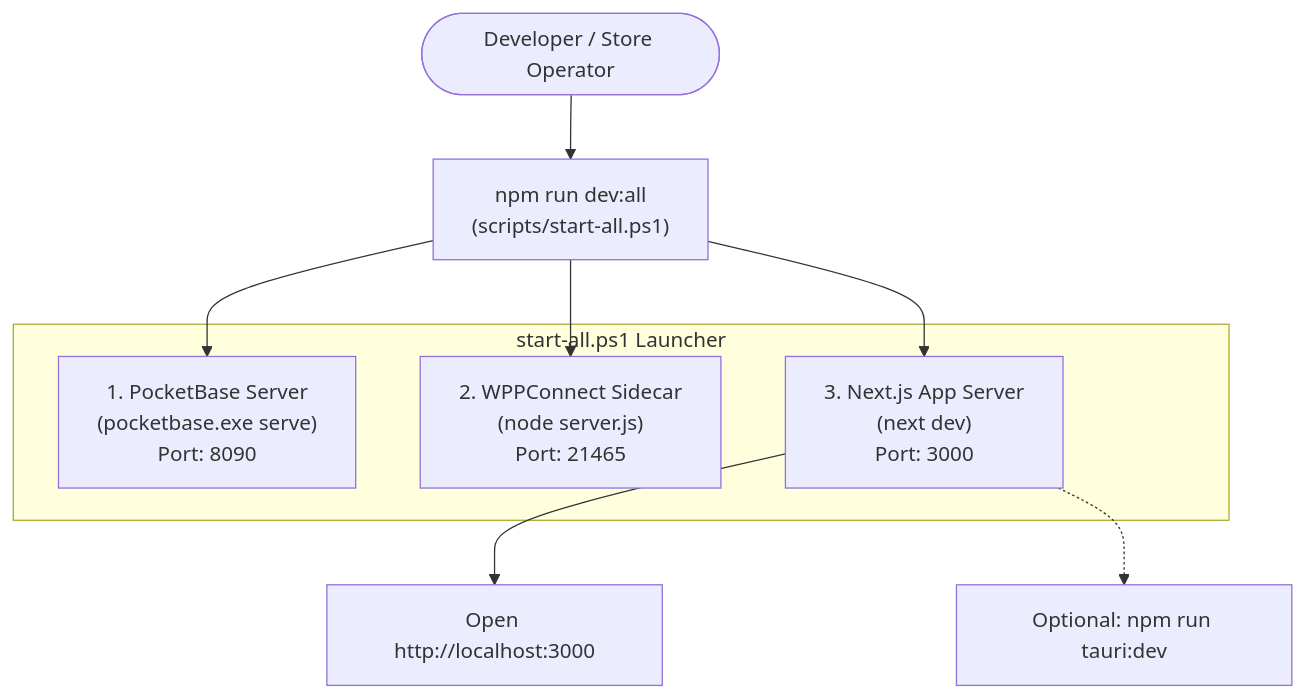
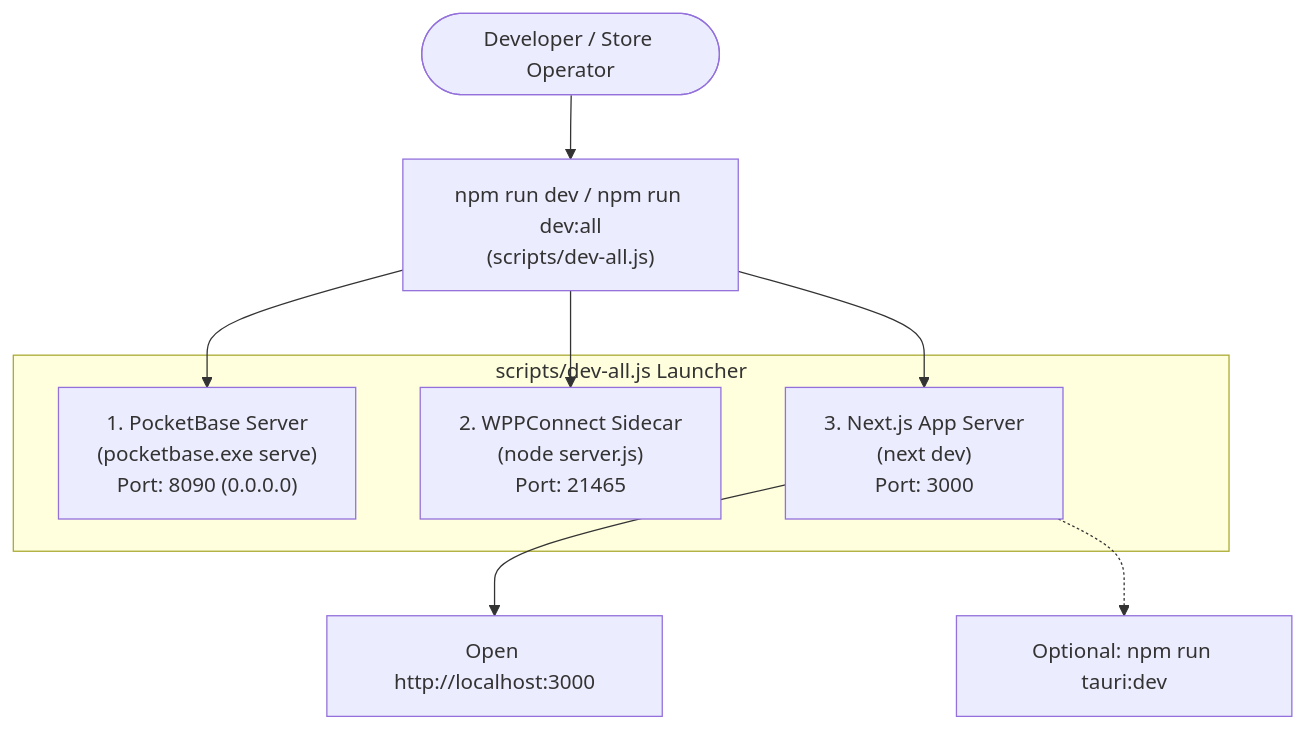
One commit to sivanandz/luminila_ERP changed the first of 4 diagrams in docs/APP_WORKING.md. Above: the diagram before and after it, drawn with Mermaid. The commit also changed other lines of this file and 10 other files, not shown here.

````diff
--- a/docs/APP_WORKING.md
+++ b/docs/APP_WORKING.md
@@ -11,17 +11,17 @@
 ```mermaid
 graph TD
-    User([Developer / Store Operator]) --> Launch["npm run dev:all<br/>(scripts/start-all.ps1)"]
+    User([Developer / Store Operator]) --> Launch["npm run dev / npm run dev:all<br/>(scripts/dev-all.js)"]
 
-    subgraph Orchestration ["start-all.ps1 Launcher"]
-        P1["1. PocketBase Server<br/>(pocketbase.exe serve)<br/>Port: 8090"]
+    subgraph Orchestration ["scripts/dev-all.js Launcher"]
+        P1["1. PocketBase Server<br/>(pocketbase.exe serve)<br/>Port: 8090 (0.0.0.0)"]
         P2["2. WPPConnect Sidecar<br/>(node server.js)<br/>Port: 21465"]
         P3["3. Next.js App Server<br/>(next dev)<br/>Port: 3000"]
     end
 
     Launch --> P1
     Launch --> P2
     Launch --> P3
 
     P3 --> Browser["Open http://localhost:3000"]
     P3 -.-> Desktop["Optional: npm run tauri:dev"]
 ```
````
